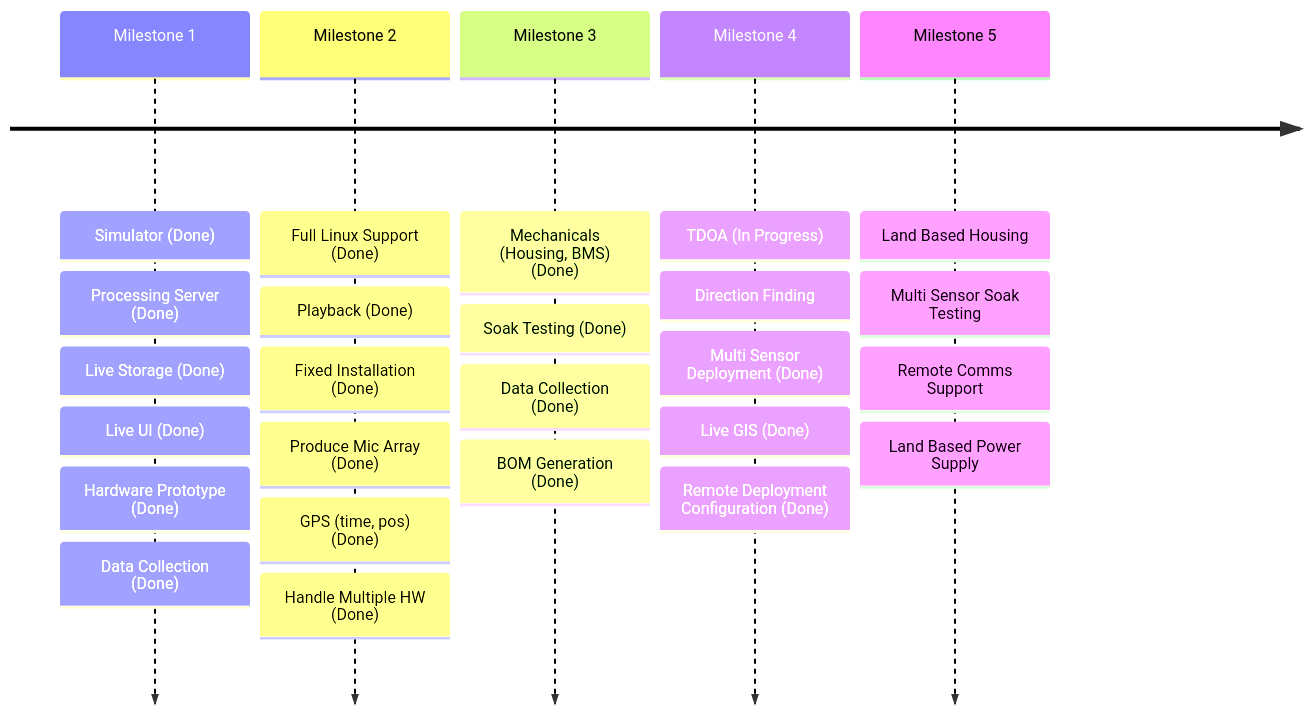
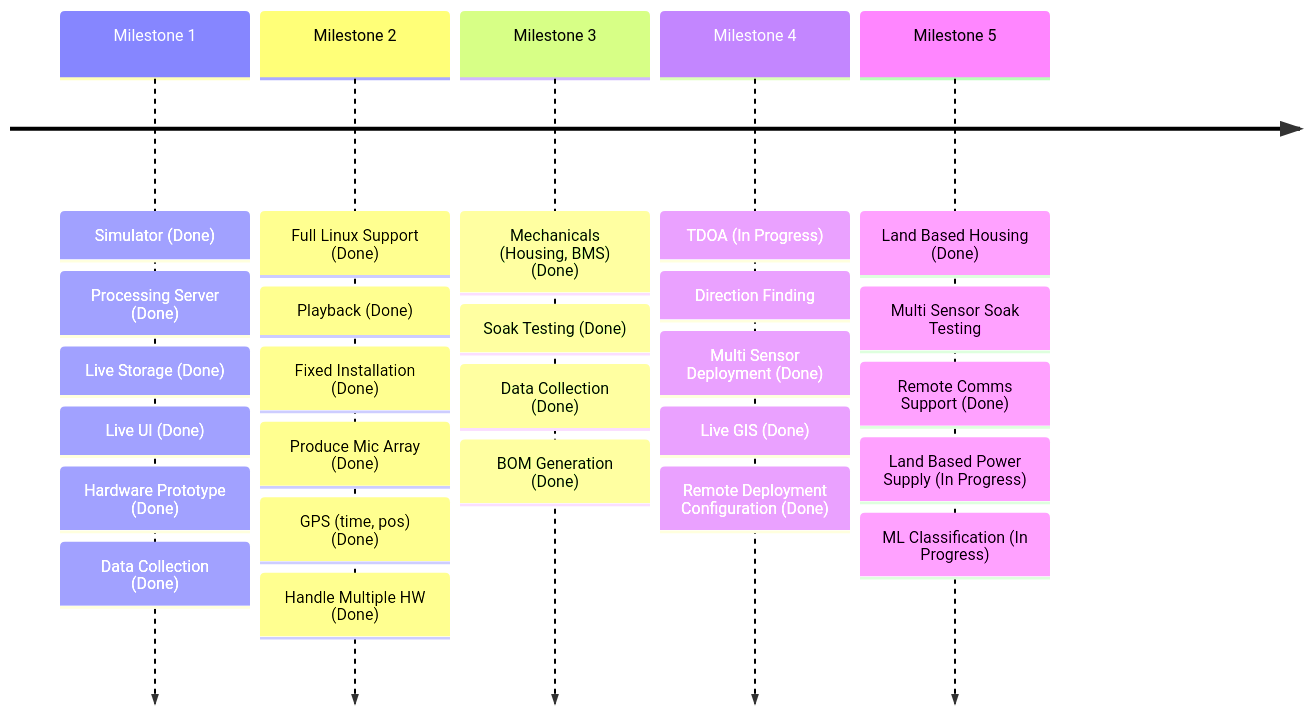
The second of 2 diagrams in profile/README.md (Sense-Scape/.github), drawn with Mermaid before and after one commit.

````diff
--- a/profile/README.md
+++ b/profile/README.md
@@ -87,10 +87,10 @@
 ``` mermaid
 
 timeline
     Milestone 1 : Simulator (Done) : Processing Server (Done) : Live Storage (Done) : Live UI (Done) : Hardware Prototype (Done) : Data Collection (Done)
     Milestone 2 : Full Linux Support (Done) : Playback (Done) : Fixed Installation (Done) : Produce Mic Array (Done)  : GPS (time, pos) (Done) : Handle Multiple HW (Done)
     Milestone 3 : Mechanicals (Housing, BMS) (Done) : Soak Testing (Done) : Data Collection (Done) : BOM Generation (Done)
     Milestone 4 : TDOA (In Progress) : Direction Finding : Multi Sensor Deployment (Done) : Live GIS (Done) : Remote Deployment Configuration (Done)
-    Milestone 5 : Land Based Housing : Multi Sensor Soak Testing : Remote Comms Support : Land Based Power Supply
+    Milestone 5 : Land Based Housing (Done) : Multi Sensor Soak Testing : Remote Comms Support (Done) : Land Based Power Supply (In Progress) : ML Classification (In Progress)
 
 ```
````
